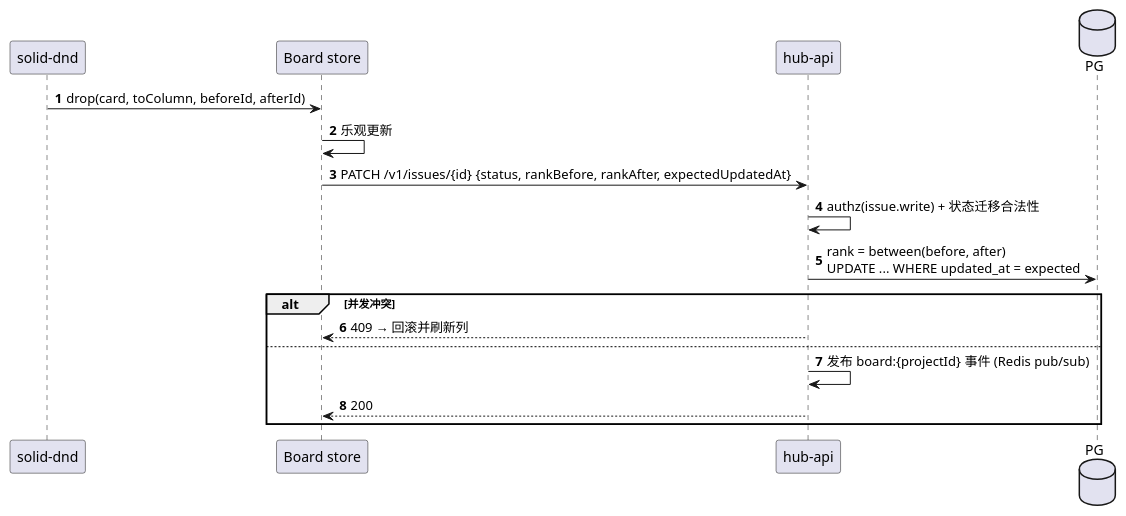
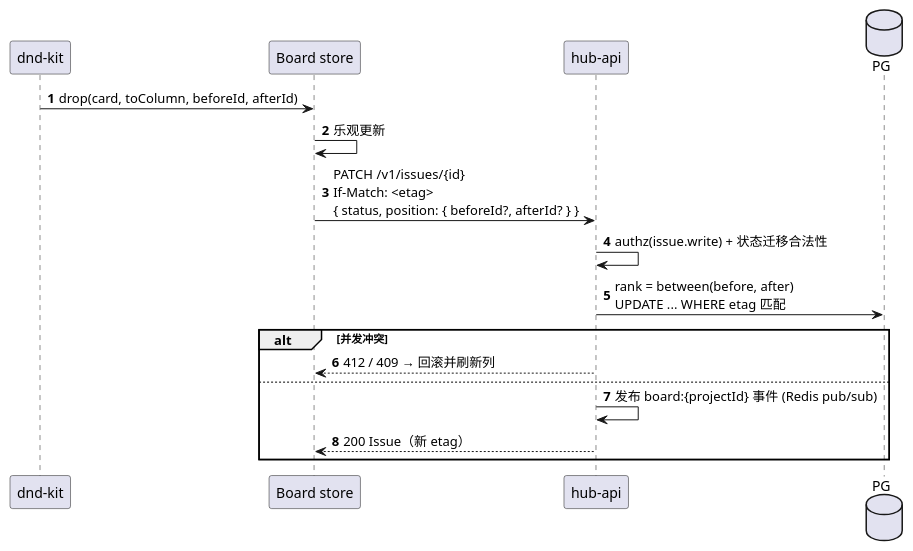
One commit to JackLuguibin/AgentHubEx changed the fourth of 4 diagrams in docs/architecture/09-project-board.md. Above: the diagram before and after it, drawn with PlantUML. The commit also changed other lines of this file and 18 other files, not shown here.

First line of the commit message:
docs: align architecture on React SPA, Drizzle, open-source, intranet

````diff
--- a/docs/architecture/09-project-board.md
+++ b/docs/architecture/09-project-board.md
@@ -100,21 +100,21 @@
 ```plantuml
 @startuml board-dnd
 autonumber
-participant "solid-dnd" as D
+participant "dnd-kit" as D
 participant "Board store" as S
 participant "hub-api" as H
 database PG
 
 D -> S : drop(card, toColumn, beforeId, afterId)
 S -> S : 乐观更新
-S -> H : PATCH /v1/issues/{id} {status, rankBefore, rankAfter, expectedUpdatedAt}
+S -> H : PATCH /v1/issues/{id}\nIf-Match: <etag>\n{ status, position: { beforeId?, afterId? } }
 H -> H : authz(issue.write) + 状态迁移合法性
-H -> PG : rank = between(before, after)\nUPDATE ... WHERE updated_at = expected
+H -> PG : rank = between(before, after)\nUPDATE ... WHERE etag 匹配
 alt 并发冲突
-  H --> S : 409 → 回滚并刷新列
+  H --> S : 412 / 409 → 回滚并刷新列
 else
   H -> H : 发布 board:{projectId} 事件 (Redis pub/sub)
-  H --> S : 200
+  H --> S : 200 Issue（新 etag）
 end
 @enduml
 ```
````
